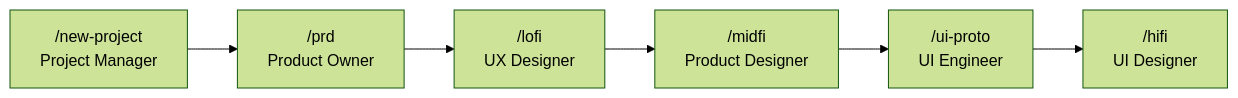
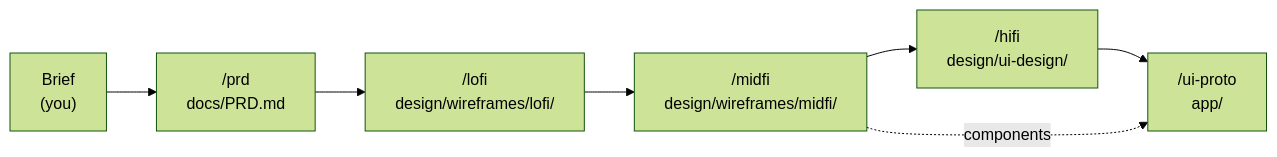
Before and after one commit to luiscielak/ai-product-design-rules: the diagram in README.md, drawn with Mermaid (forest theme). The commit also changed other lines of this file and 63 other files, not shown here.

````diff
--- a/README.md
+++ b/README.md
@@ -18,8 +157,9 @@
 ```mermaid
 flowchart LR
-  newProject["/new-project<br/>Project Manager"] --> prd["/prd<br/>Product Owner"]
-  prd --> lofi["/lofi<br/>UX Designer"]
-  lofi --> midfi["/midfi<br/>Product Designer"]
-  midfi --> uiProto["/ui-proto<br/>UI Engineer"]
-  uiProto --> hifi["/hifi<br/>UI Designer"]
+  brief["Brief<br/>(you)"] --> prd["/prd<br/>docs/PRD.md"]
+  prd --> lofi["/lofi<br/>design/wireframes/lofi/"]
+  lofi --> midfi["/midfi<br/>design/wireframes/midfi/"]
+  midfi --> hifi["/hifi<br/>design/ui-design/"]
+  hifi --> proto["/ui-proto<br/>app/"]
+  midfi -. components .-> proto
 ```
````
